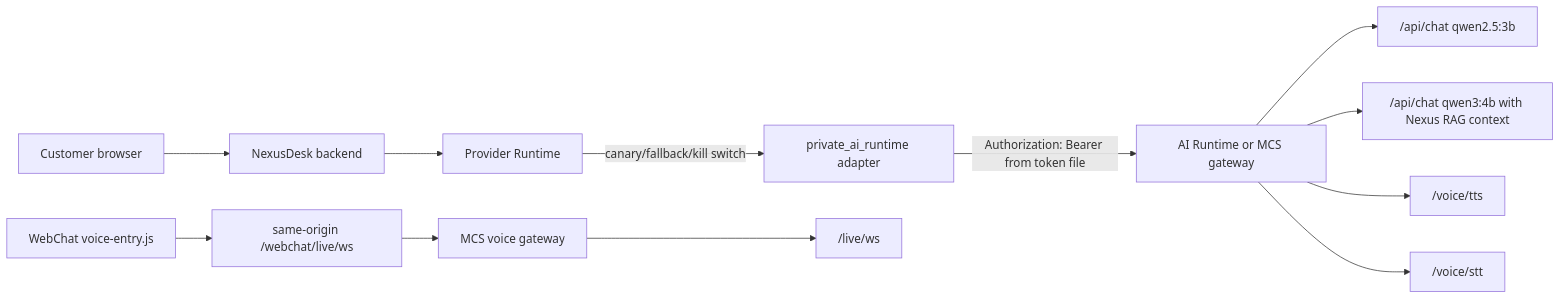
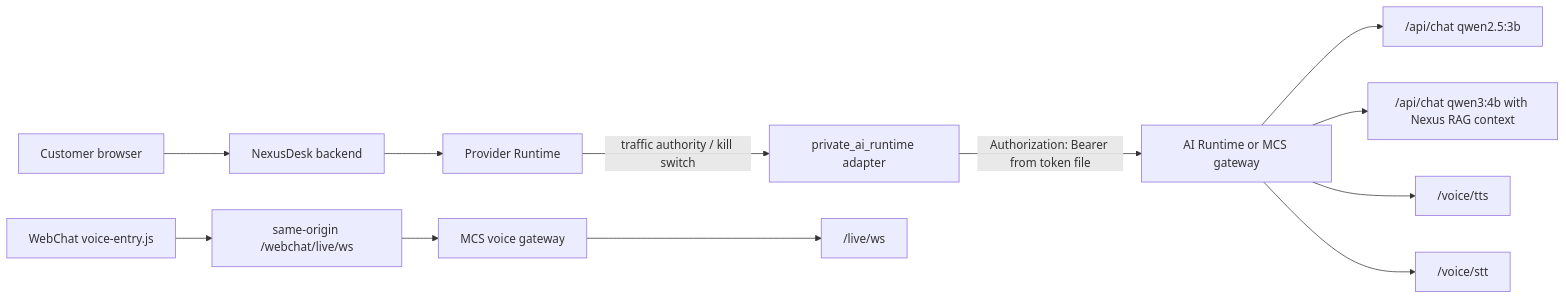
Before and after one commit to Maximvonshaft/nexus_helpdesk: the diagram in docs/ops/PRIVATE_AI_RUNTIME_ROLLOUT_RUNBOOK.md, drawn with Mermaid. The commit also changed other lines of this file, not shown here.

Commit message:
docs(provider): define deterministic canary and shadow rollout

````diff
--- a/docs/ops/PRIVATE_AI_RUNTIME_ROLLOUT_RUNBOOK.md
+++ b/docs/ops/PRIVATE_AI_RUNTIME_ROLLOUT_RUNBOOK.md
@@ -7,14 +7,14 @@
 ```mermaid
 flowchart LR
   visitor["Customer browser"] --> nexus["NexusDesk backend"]
   nexus --> pr["Provider Runtime"]
-  pr -->|"canary/fallback/kill switch"| private_ai["private_ai_runtime adapter"]
+  pr -->|"traffic authority / kill switch"| private_ai["private_ai_runtime adapter"]
   private_ai -->|"Authorization: Bearer from token file"| ai["AI Runtime or MCS gateway"]
   ai --> direct["/api/chat qwen2.5:3b"]
   ai --> rag["/api/chat qwen3:4b with Nexus RAG context"]
   ai --> tts["/voice/tts"]
   ai --> stt["/voice/stt"]
   browser_voice["WebChat voice-entry.js"] --> edge["same-origin /webchat/live/ws"]
   edge --> voice_gateway["MCS voice gateway"]
   voice_gateway --> live_ws["/live/ws"]
 ```
````
